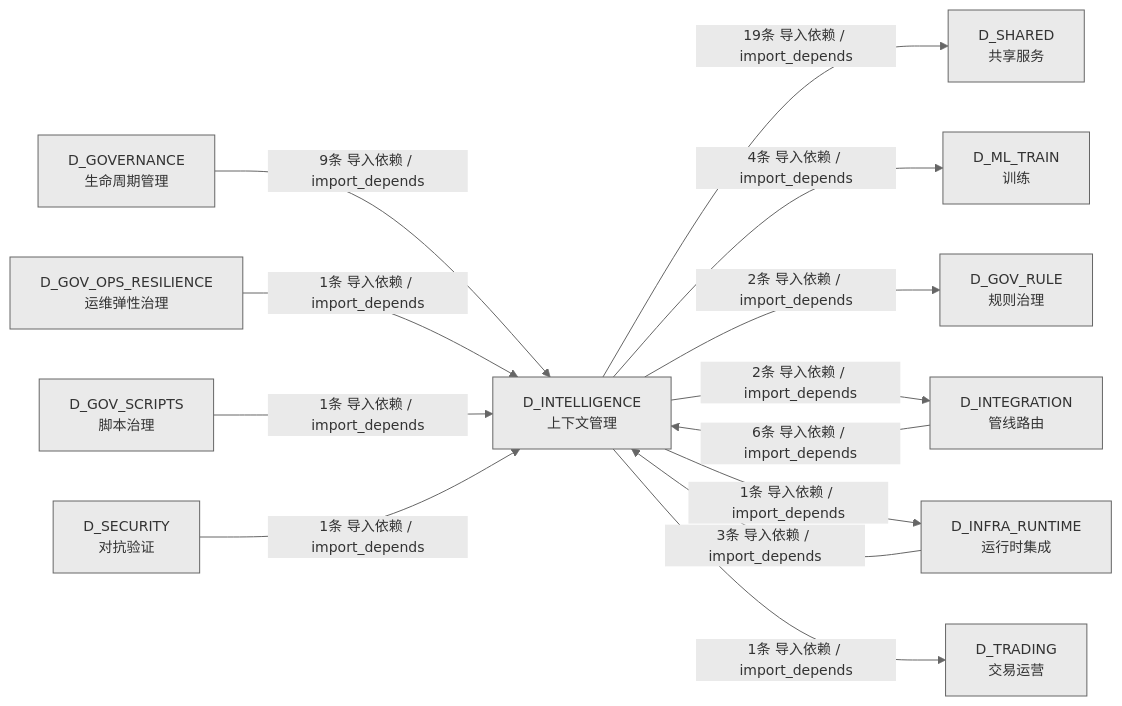
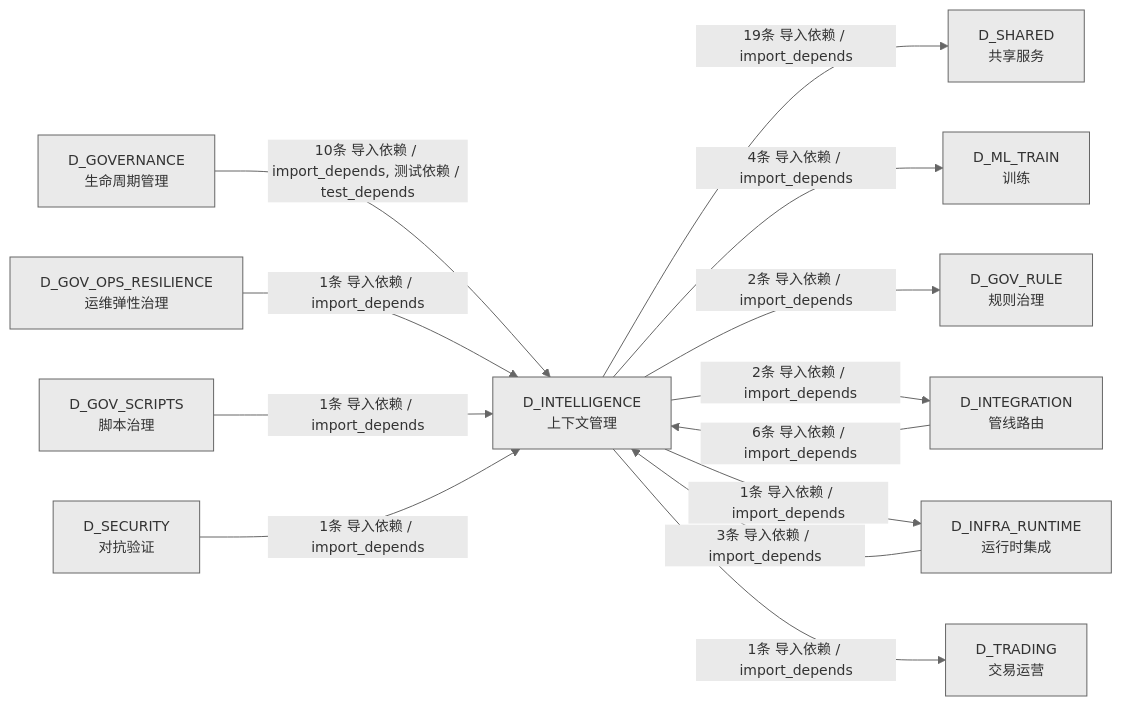
One commit to xuanFelixVan/ZephyrAlpha changed the third of 3 diagrams in docs/02_enterprise_architecture/02_domain_architecture_docs/57_d_intelligence.md. Above: the diagram before and after it, drawn with Mermaid. The commit also changed other lines of this file and 45 other files, not shown here.

````diff
--- a/docs/02_enterprise_architecture/02_domain_architecture_docs/57_d_intelligence.md
+++ b/docs/02_enterprise_architecture/02_domain_architecture_docs/57_d_intelligence.md
@@ -356,27 +357,27 @@
 ```mermaid
 %%{init: {'theme': 'base', 'themeVariables': {'primaryColor': '#eaeaea', 'primaryTextColor': '#333333', 'primaryBorderColor': '#666666', 'lineColor': '#666666', 'secondaryColor': '#eaeaea', 'tertiaryColor': '#eaeaea', 'fontSize': '14px'}}}%%
 graph LR
     D_INTELLIGENCE["D_INTELLIGENCE<br/>上下文管理"]
     D_SHARED["D_SHARED<br/>共享服务"]
     D_ML_TRAIN["D_ML_TRAIN<br/>训练"]
     D_GOV_RULE["D_GOV_RULE<br/>规则治理"]
     D_INTEGRATION["D_INTEGRATION<br/>管线路由"]
     D_INFRA_RUNTIME["D_INFRA_RUNTIME<br/>运行时集成"]
     D_TRADING["D_TRADING<br/>交易运营"]
     D_GOVERNANCE["D_GOVERNANCE<br/>生命周期管理"]
     D_GOV_OPS_RESILIENCE["D_GOV_OPS_RESILIENCE<br/>运维弹性治理"]
     D_GOV_SCRIPTS["D_GOV_SCRIPTS<br/>脚本治理"]
     D_SECURITY["D_SECURITY<br/>对抗验证"]
     D_INTELLIGENCE -->|19条 导入依赖 / import_depends| D_SHARED
     D_INTELLIGENCE -->|4条 导入依赖 / import_depends| D_ML_TRAIN
     D_INTELLIGENCE -->|2条 导入依赖 / import_depends| D_GOV_RULE
     D_INTELLIGENCE -->|2条 导入依赖 / import_depends| D_INTEGRATION
     D_INTELLIGENCE -->|1条 导入依赖 / import_depends| D_INFRA_RUNTIME
     D_INTELLIGENCE -->|1条 导入依赖 / import_depends| D_TRADING
-    D_GOVERNANCE -->|9条 导入依赖 / import_depends| D_INTELLIGENCE
+    D_GOVERNANCE -->|10条 导入依赖 / import_depends, 测试依赖 / test_depends| D_INTELLIGENCE
     D_INTEGRATION -->|6条 导入依赖 / import_depends| D_INTELLIGENCE
     D_INFRA_RUNTIME -->|3条 导入依赖 / import_depends| D_INTELLIGENCE
     D_GOV_OPS_RESILIENCE -->|1条 导入依赖 / import_depends| D_INTELLIGENCE
     D_GOV_SCRIPTS -->|1条 导入依赖 / import_depends| D_INTELLIGENCE
     D_SECURITY -->|1条 导入依赖 / import_depends| D_INTELLIGENCE
 ```
````
